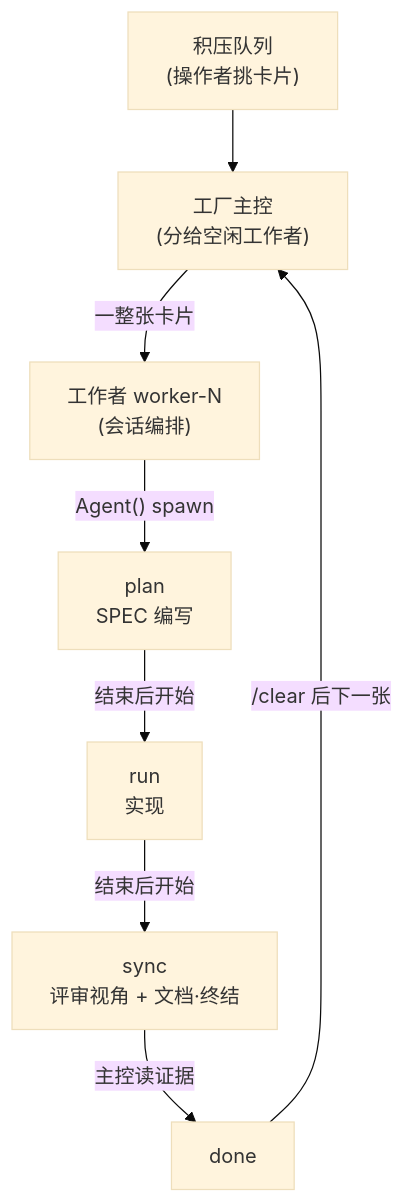
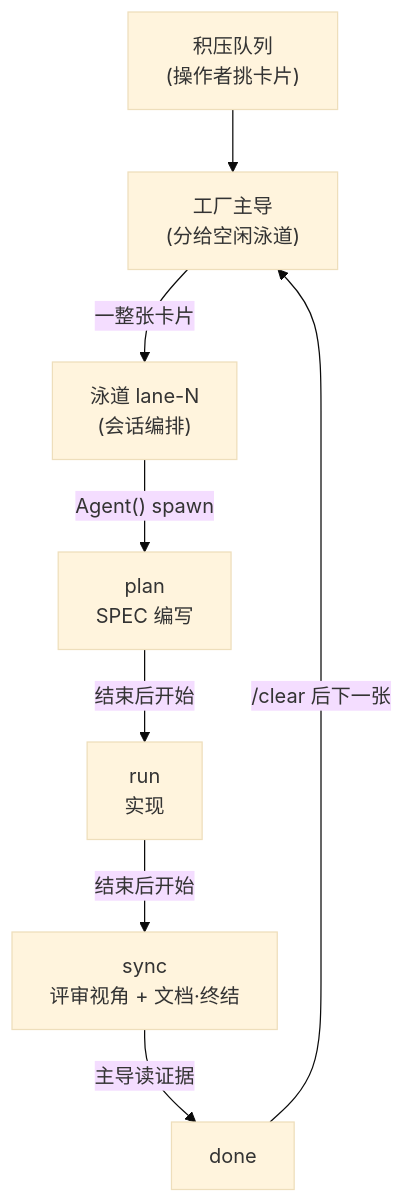
Before and after one commit to modu-ai/moai-adk: the diagram in docs-site/content/zh/advanced/factory-mode.md, drawn with Mermaid (base theme). The commit also changed other lines of this file and 17 other files, not shown here.

First line of the commit message:
docs(SPEC-ROLE-NAMING-DOCS-001): M6 checkpoint — docs-site 4-locale leader/lane sweep (partial)

````diff
--- a/docs-site/content/zh/advanced/factory-mode.md
+++ b/docs-site/content/zh/advanced/factory-mode.md
@@ -69,10 +69,10 @@
 ```mermaid
 flowchart TD
-    Queue["积压队列<br/>(操作者挑卡片)"] --> Lead["工厂主控<br/>(分给空闲工作者)"]
-    Lead -->|"一整张卡片"| Worker["工作者 worker-N<br/>(会话编排)"]
-    Worker -->|"Agent() spawn"| Plan["plan<br/>SPEC 编写"]
+    Queue["积压队列<br/>(操作者挑卡片)"] --> Lead["工厂主导<br/>(分给空闲泳道)"]
+    Lead -->|"一整张卡片"| Lane["泳道 lane-N<br/>(会话编排)"]
+    Lane -->|"Agent() spawn"| Plan["plan<br/>SPEC 编写"]
     Plan -->|"结束后开始"| Run["run<br/>实现"]
     Run -->|"结束后开始"| Sync["sync<br/>评审视角 + 文档·终结"]
-    Sync -->|"主控读证据"| Done["done"]
+    Sync -->|"主导读证据"| Done["done"]
     Done -->|"/clear 后下一张"| Lead
 ```
````
